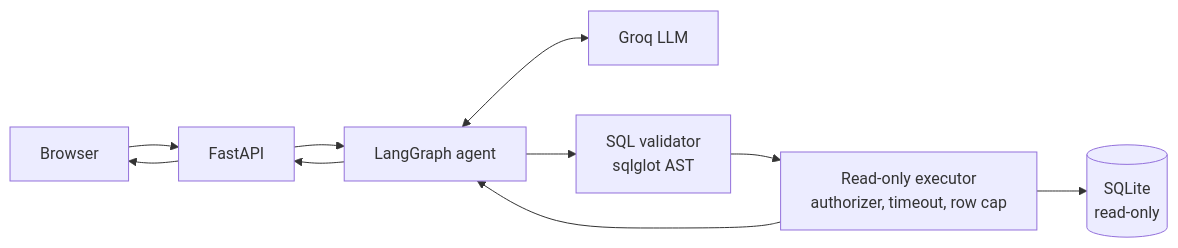
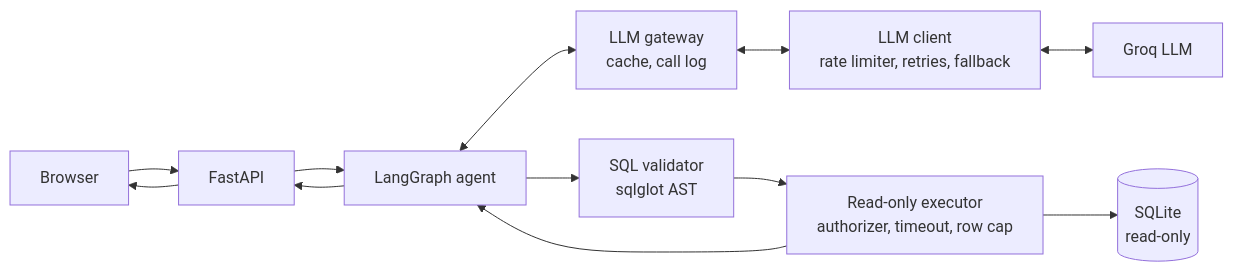
Before and after one commit to AviK0928/SQL_Query_AI_Agent: the diagram in README.md, drawn with Mermaid. The commit also changed other lines of this file and 32 other files, not shown here.

Commit message:
Feat/phase 4 llm client (#20)

````diff
--- a/README.md
+++ b/README.md
@@ -59,11 +59,13 @@
 ```mermaid
 flowchart LR
     U[Browser] --> F[FastAPI]
     F --> A[LangGraph agent]
-    A <--> L[Groq LLM]
+    A <--> G[LLM gateway<br/>cache, call log]
+    G <--> C[LLM client<br/>rate limiter, retries, fallback]
+    C <--> L[Groq LLM]
     A --> V[SQL validator<br/>sqlglot AST]
     V --> X[Read-only executor<br/>authorizer, timeout, row cap]
     X --> D[(SQLite<br/>read-only)]
     X --> A
     A --> F --> U
 ```
````
